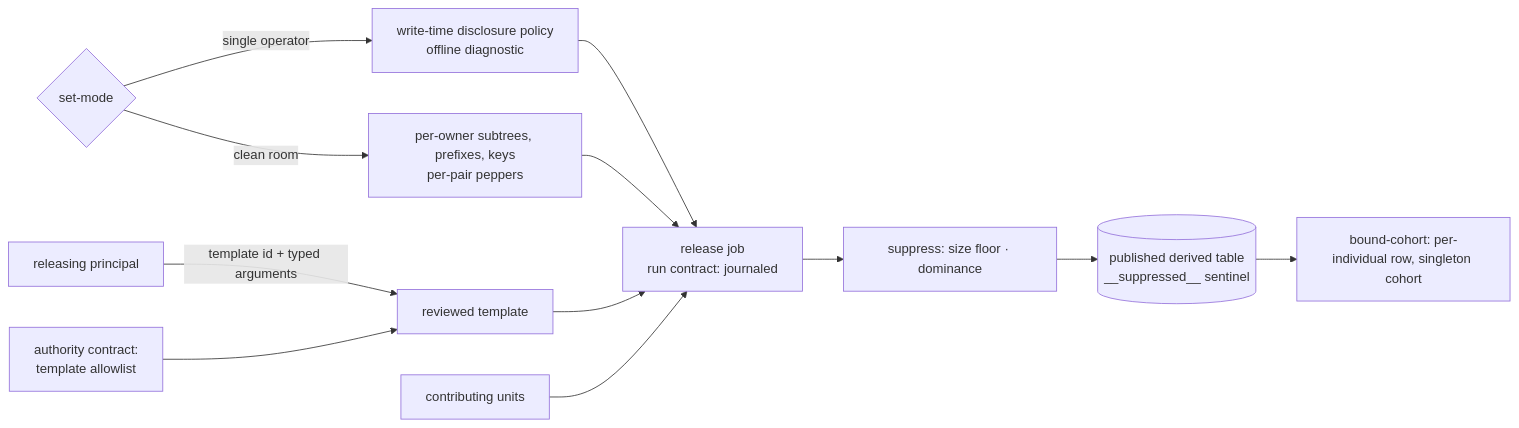
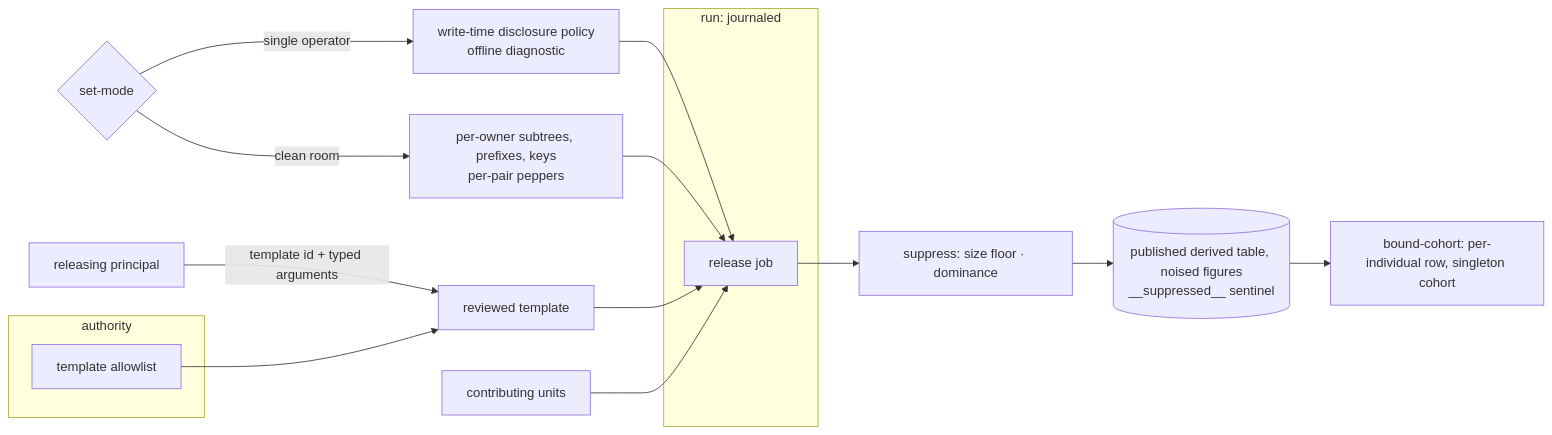
The first of 2 diagrams in spec/61-disclosure.md (fractalboxdev/contextful), drawn with Mermaid before and after one commit. The commit also changed other lines of this file and 180 other files, not shown here.

First line of the commit message:
spec: readable clauses, guides and cards; boundary diagrams; milestone 1 authority (#6)

````diff
--- a/spec/61-disclosure.md
+++ b/spec/61-disclosure.md
@@ -20,14 +20,21 @@
 ```mermaid
 flowchart LR
   MODE{"set-mode"} -- "single operator" --> SO["write-time disclosure policy<br/>offline diagnostic"]
   MODE -- "clean room" --> CR["per-owner subtrees, prefixes, keys<br/>per-pair peppers"]
   CALLER["releasing principal"] -- "template id + typed arguments" --> TPL["reviewed template"]
-  AUTH["authority contract:<br/>template allowlist"] --> TPL
+  subgraph AUTH["authority"]
+    TA["template allowlist"]
+  end
+  subgraph RUN["run: journaled"]
+    REL["release job"]
+  end
+  UNITS["contributing units"]
+  TA --> TPL
   SO --> REL
   CR --> REL
-  TPL --> REL["release job<br/>run contract: journaled"]
-  UNITS["contributing units"] --> REL
+  TPL --> REL
+  UNITS --> REL
   REL --> SUP["suppress: size floor · dominance"]
-  SUP --> PUB[("published derived table<br/>__suppressed__ sentinel")]
+  SUP --> PUB[("published derived table, noised figures<br/>__suppressed__ sentinel")]
   PUB --> COH["bound-cohort: per-individual row, singleton cohort"]
 ```
````
